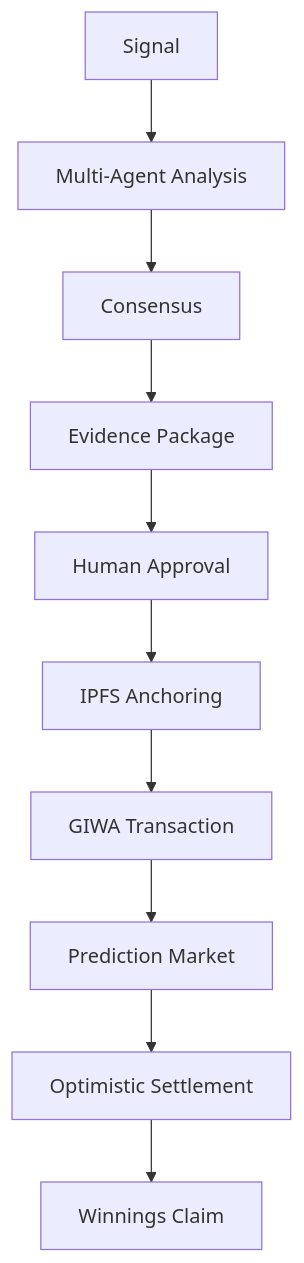
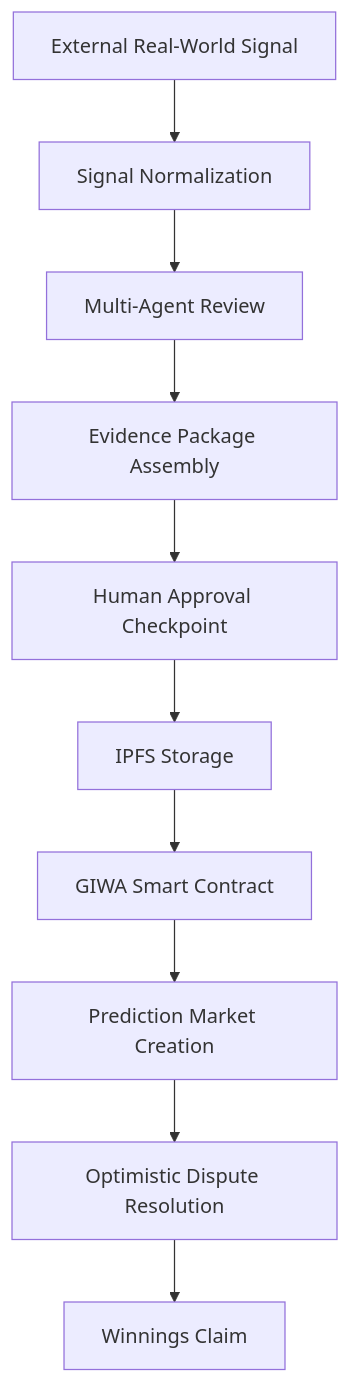
One commit to 0xaje/AiraMarKet changed the diagram in docs/EXECUTIVE_OVERVIEW.md. Above: the diagram before and after it, drawn with Mermaid. The commit also changed other lines of this file and 1 other file, not shown here.

Commit message:
docs: execute 14 architect-level reviewer refinements including Transparent Multi-Agent Decision Protocol title, Why AI is Off-Chain section, Why Architecture Fits GIWA, Current MVP Metrics, Current MVP Limitations, and defensible IPFS content-addressing

````diff
--- a/docs/EXECUTIVE_OVERVIEW.md
+++ b/docs/EXECUTIVE_OVERVIEW.md
@@ -83,12 +98,12 @@
 ```mermaid
 flowchart TD
-    s1[Signal] --> s2[Multi-Agent Analysis]
-    s2 --> s3[Consensus]
-    s3 --> s4[Evidence Package]
-    s4 --> s5[Human Approval]
-    s5 --> s6[IPFS Anchoring]
-    s6 --> s7[GIWA Transaction]
-    s7 --> s8[Prediction Market]
-    s8 --> s9[Optimistic Settlement]
+    s1[External Real-World Signal] --> s2[Signal Normalization]
+    s2 --> s3[Multi-Agent Review]
+    s3 --> s4[Evidence Package Assembly]
+    s4 --> s5[Human Approval Checkpoint]
+    s5 --> s6[IPFS Storage]
+    s6 --> s7[GIWA Smart Contract]
+    s7 --> s8[Prediction Market Creation]
+    s8 --> s9[Optimistic Dispute Resolution]
     s9 --> s10[Winnings Claim]
 ```
````
